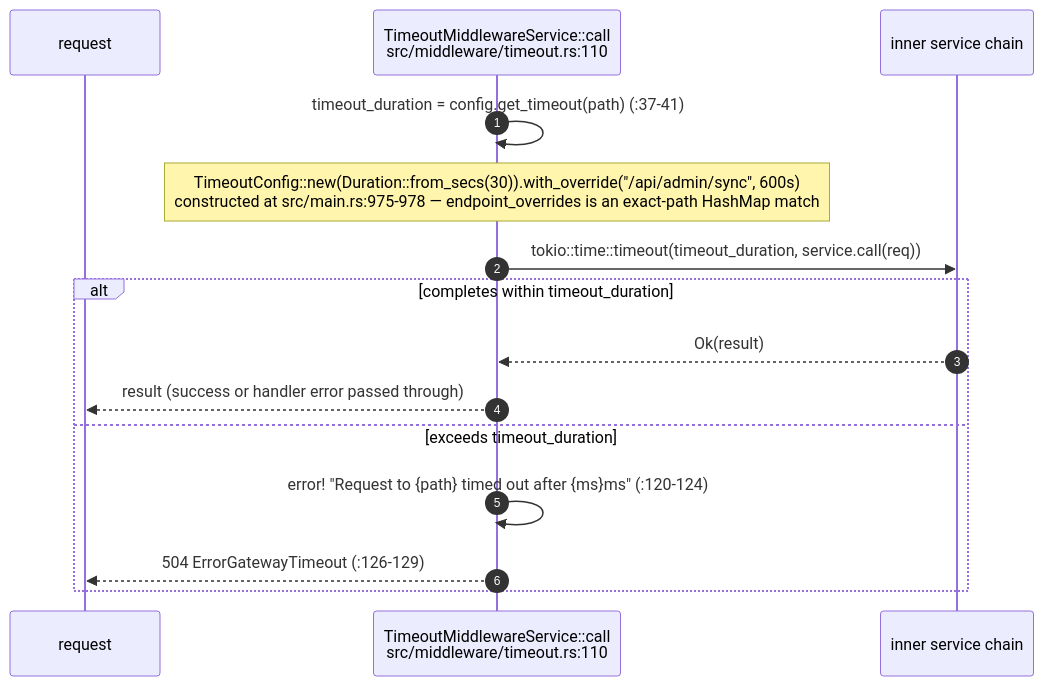
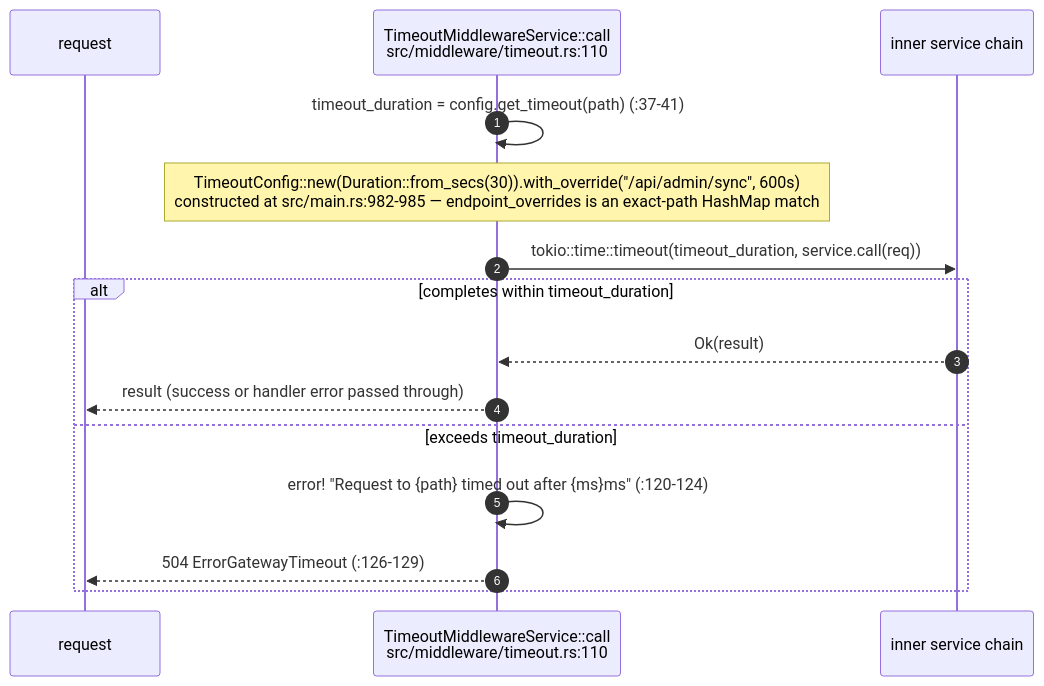
One commit to DreamLab-AI/VisionFlow changed diagram 13 of 16 in docs/diagrams/visionclaw/03-request-lifecycle-and-rbac.md. Above: the diagram before and after it, drawn with Mermaid. The commit also changed other lines of this file and 185 other files, not shown here.

Commit message:
docs(estate): reconcile diagrams and ADRs with source and define closeout sprint

````diff
--- a/docs/diagrams/visionclaw/03-request-lifecycle-and-rbac.md
+++ b/docs/diagrams/visionclaw/03-request-lifecycle-and-rbac.md
@@ -515,18 +516,18 @@
 ```mermaid
 sequenceDiagram
     autonumber
     participant R as request
     participant TO as TimeoutMiddlewareService::call<br/>src/middleware/timeout.rs:110
     participant SVC as inner service chain
 
     TO->>TO: timeout_duration = config.get_timeout(path) (:37-41)
-    Note over TO: TimeoutConfig::new(Duration::from_secs(30)).with_override("/api/admin/sync", 600s)<br/>constructed at src/main.rs:975-978 — endpoint_overrides is an exact-path HashMap match
+    Note over TO: TimeoutConfig::new(Duration::from_secs(30)).with_override("/api/admin/sync", 600s)<br/>constructed at src/main.rs:982-985 — endpoint_overrides is an exact-path HashMap match
     TO->>SVC: tokio::time::timeout(timeout_duration, service.call(req))
     alt completes within timeout_duration
         SVC-->>TO: Ok(result)
         TO-->>R: result (success or handler error passed through)
     else exceeds timeout_duration
         TO->>TO: error! "Request to {path} timed out after {ms}ms" (:120-124)
         TO-->>R: 504 ErrorGatewayTimeout (:126-129)
     end
 ```
````
